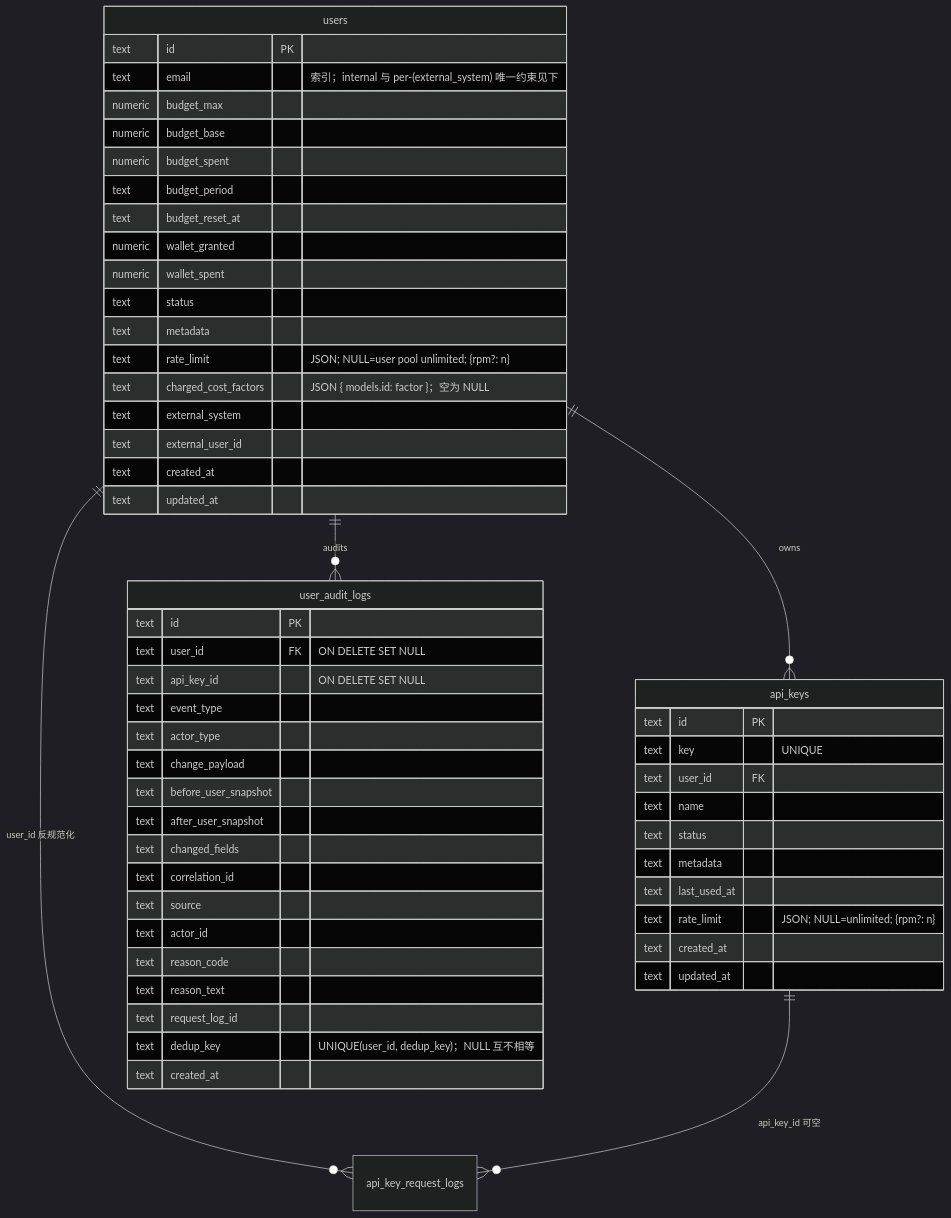
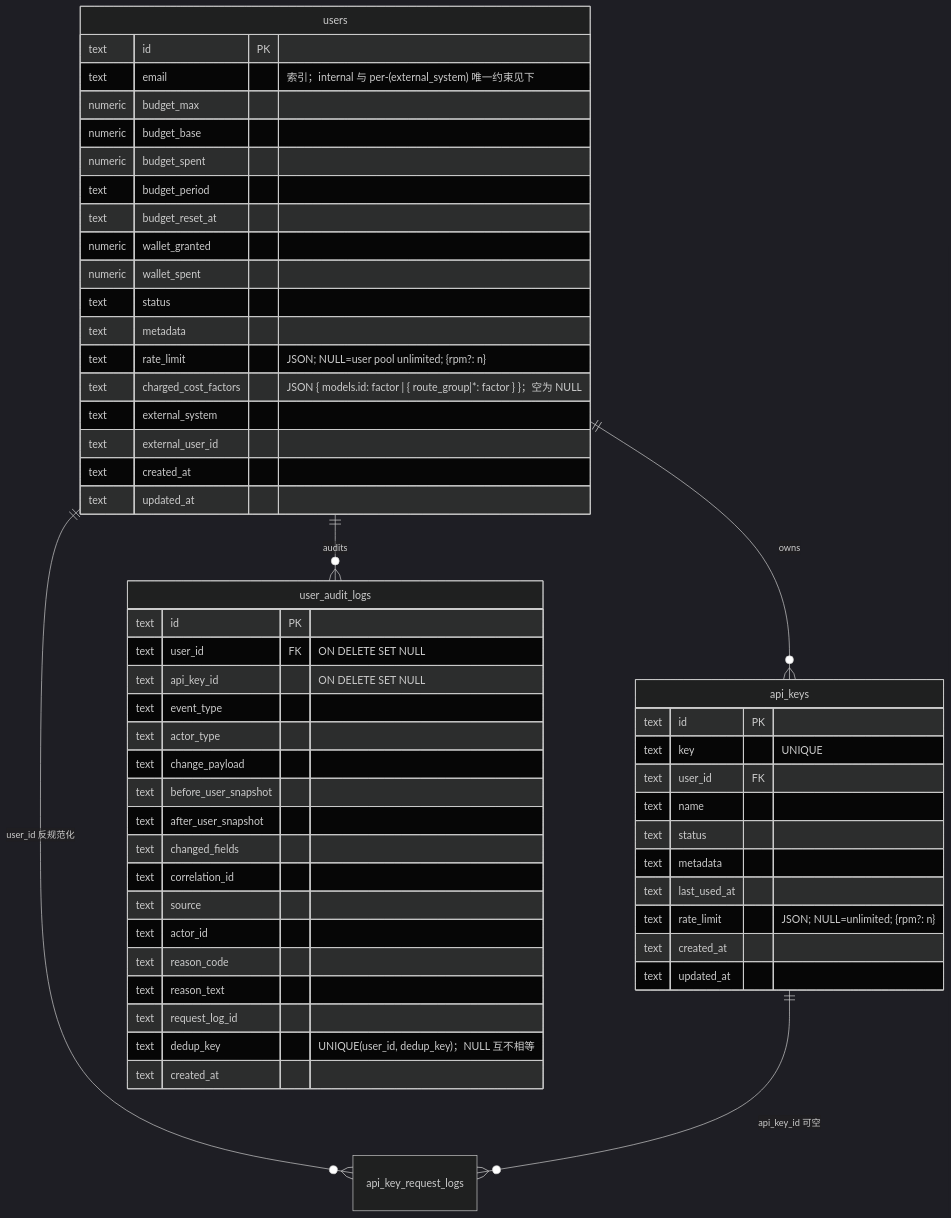
Before and after one commit to OctaFuse/octafuse-gateway: the diagram in docs/developers/architecture/user-keys-data-model.md, drawn with Mermaid (dark theme). The commit also changed other lines of this file and 35 other files, not shown here.

First line of the commit message:
Enhance User Charged Cost Factors Configuration and Documentation

````diff
--- a/docs/developers/architecture/user-keys-data-model.md
+++ b/docs/developers/architecture/user-keys-data-model.md
@@ -7,60 +7,60 @@
 ```mermaid
 erDiagram
     users ||--o{ api_keys : owns
     users ||--o{ user_audit_logs : audits
     users ||--o{ api_key_request_logs : "user_id 反规范化"
     api_keys ||--o{ api_key_request_logs : "api_key_id 可空"
 
     users {
         text id PK
         text email "索引；internal 与 per-(external_system) 唯一约束见下"
         numeric budget_max
         numeric budget_base
         numeric budget_spent
         text budget_period
         text budget_reset_at
         numeric wallet_granted
         numeric wallet_spent
         text status
         text metadata
         text rate_limit "JSON; NULL=user pool unlimited; {rpm?: n}"
-        text charged_cost_factors "JSON { models.id: factor }；空为 NULL"
+        text charged_cost_factors "JSON { models.id: factor | { route_group|*: factor } }；空为 NULL"
         text external_system
         text external_user_id
         text created_at
         text updated_at
     }
 
     api_keys {
         text id PK
         text key "UNIQUE"
         text user_id FK
         text name
         text status
         text metadata
         text last_used_at
         text rate_limit "JSON; NULL=unlimited; {rpm?: n}"
         text created_at
         text updated_at
     }
 
     user_audit_logs {
         text id PK
         text user_id FK "ON DELETE SET NULL"
         text api_key_id "ON DELETE SET NULL"
         text event_type
         text actor_type
         text change_payload
         text before_user_snapshot
         text after_user_snapshot
         text changed_fields
         text correlation_id
         text source
         text actor_id
         text reason_code
         text reason_text
         text request_log_id
         text dedup_key "UNIQUE(user_id, dedup_key)；NULL 互不相等"
         text created_at
     }
 ```
````
